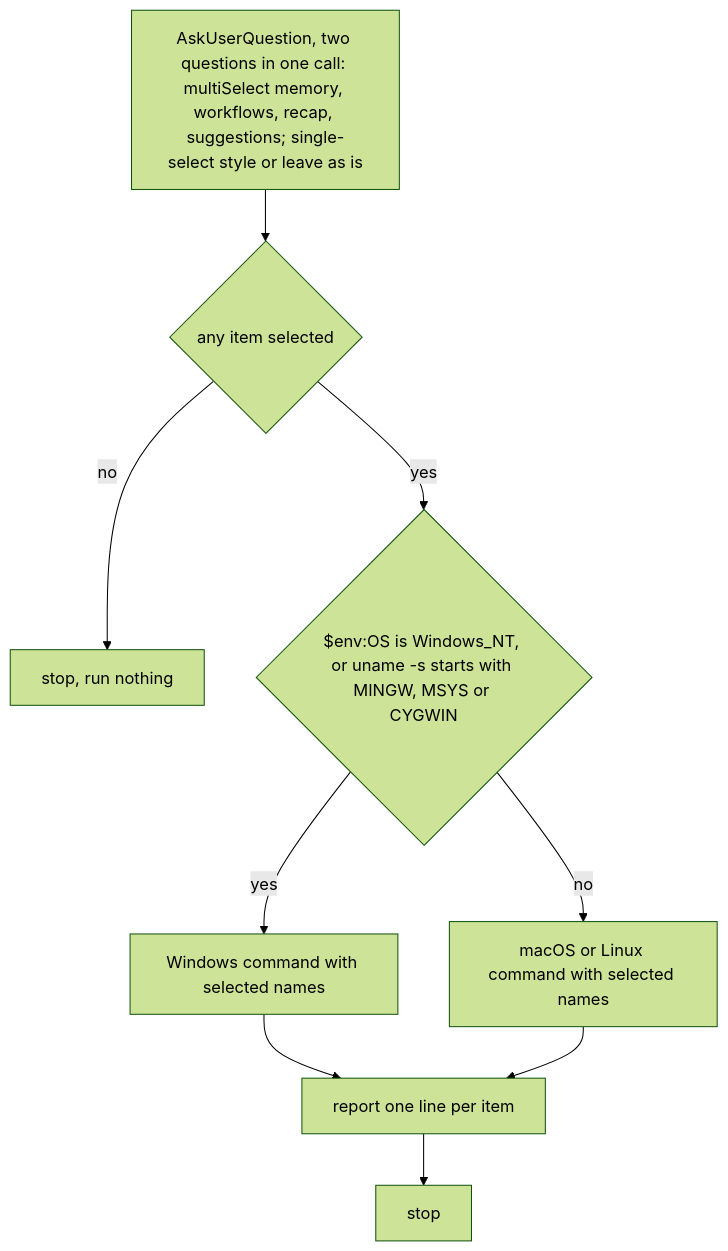
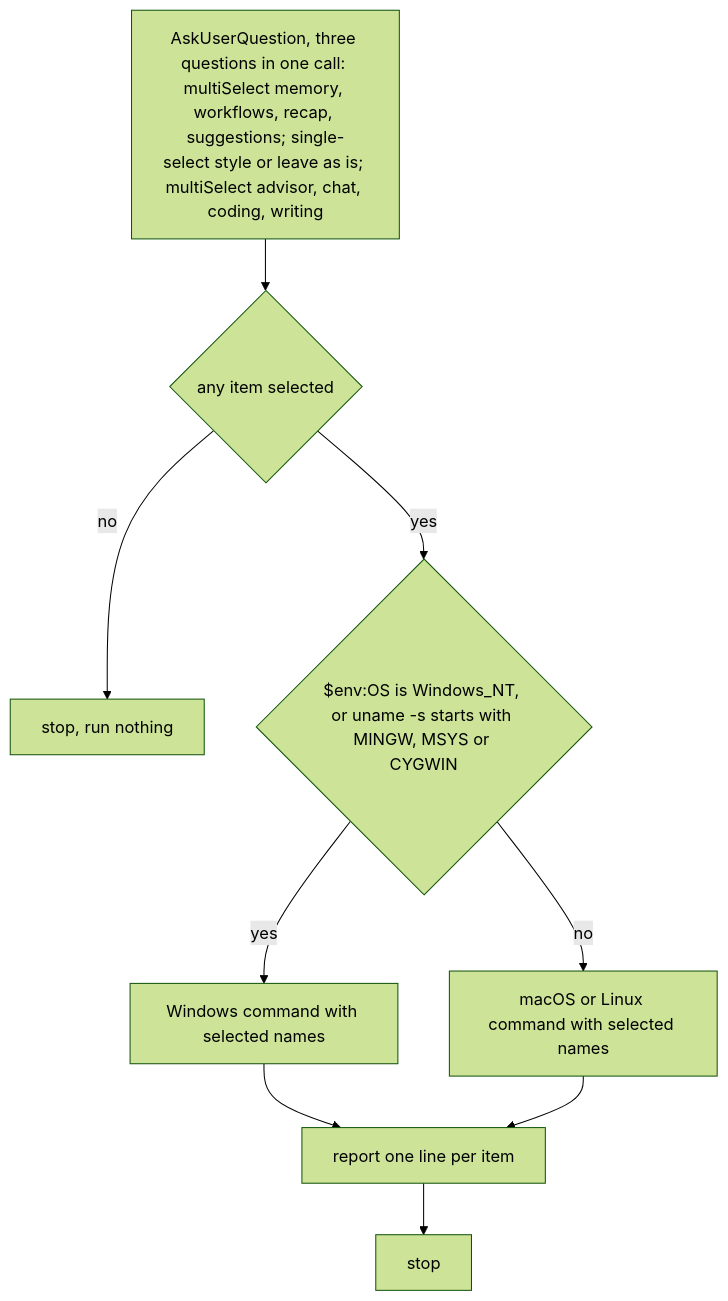
Before and after one commit to XVE-BV/claude-marketplace: the diagram in plugins/starter/skills/setup/SKILL.md, drawn with Mermaid (forest theme). The commit also changed other lines of this file and 11 other files, not shown here.

````diff
--- a/plugins/starter/skills/setup/SKILL.md
+++ b/plugins/starter/skills/setup/SKILL.md
@@ -23,9 +31,9 @@
 ```mermaid
 flowchart TD
-  ask["AskUserQuestion, two questions in one call: multiSelect memory, workflows, recap, suggestions; single-select style or leave as is"] --> any{"any item selected"}
+  ask["AskUserQuestion, three questions in one call: multiSelect memory, workflows, recap, suggestions; single-select style or leave as is; multiSelect advisor, chat, coding, writing"] --> any{"any item selected"}
   any -->|no| stop["stop, run nothing"]
   any -->|yes| os{"$env:OS is Windows_NT, or uname -s starts with MINGW, MSYS or CYGWIN"}
   os -->|yes| win["Windows command with selected names"]
   os -->|no| nix["macOS or Linux command with selected names"]
   win & nix --> report["report one line per item"] --> done["stop"]
 ```
````
